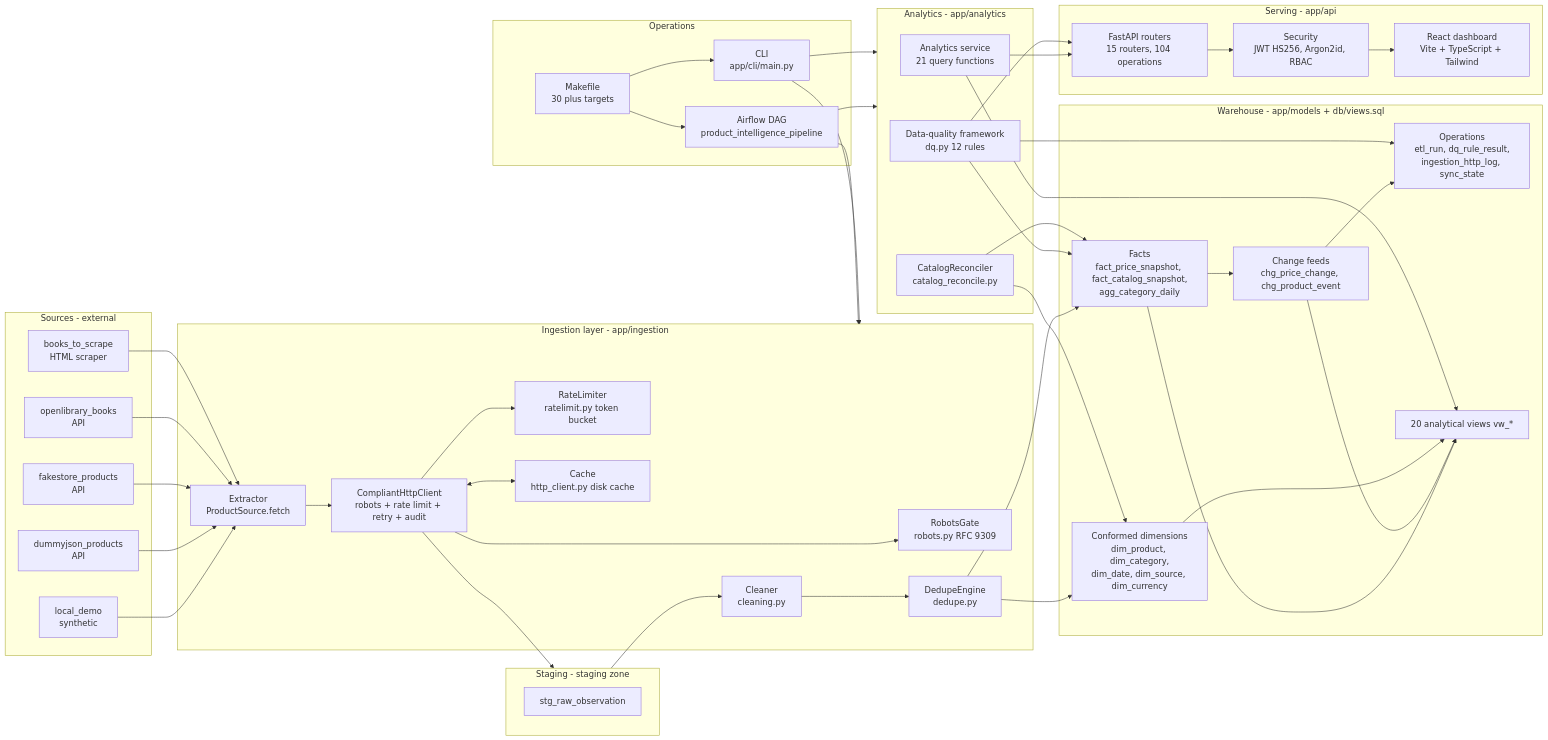
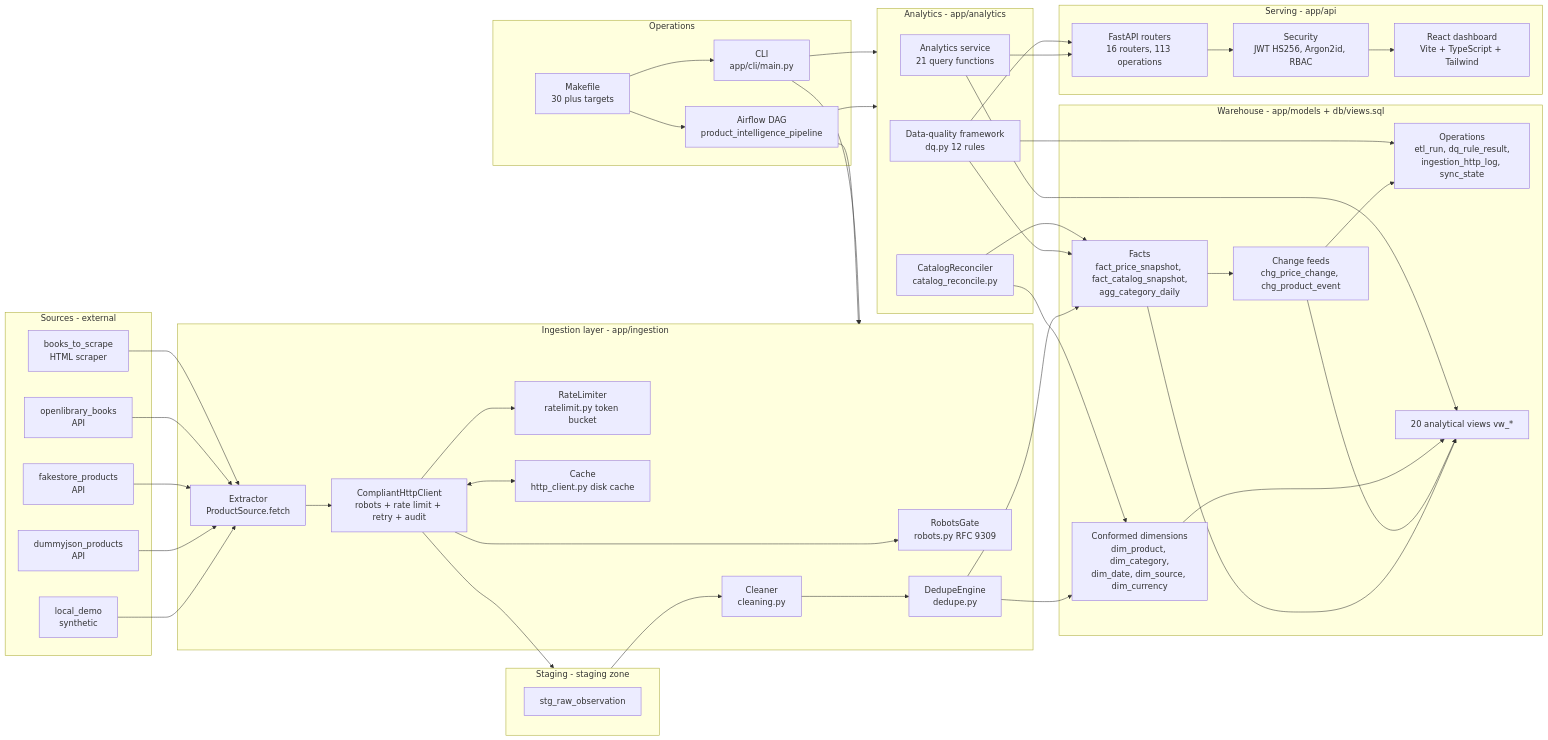
One commit to Ahmedbakr78/Web-to-Warehouse-Product-Intelligence-Pipeline changed the second of 4 diagrams in docs/08_system_analysis_design.md. Above: the diagram before and after it, drawn with Mermaid. The commit also changed other lines of this file and 14 other files, not shown here.

```diff
--- a/docs/08_system_analysis_design.md
+++ b/docs/08_system_analysis_design.md
@@ -294,7 +294,7 @@
     end
 
     subgraph API["Serving - app/api"]
-        FAPI["FastAPI routers<br/>15 routers, 104 operations"]
+        FAPI["FastAPI routers<br/>16 routers, 113 operations"]
         SEC["Security<br/>JWT HS256, Argon2id, RBAC"]
         DSH["React dashboard<br/>Vite + TypeScript + Tailwind"]
     end
```
